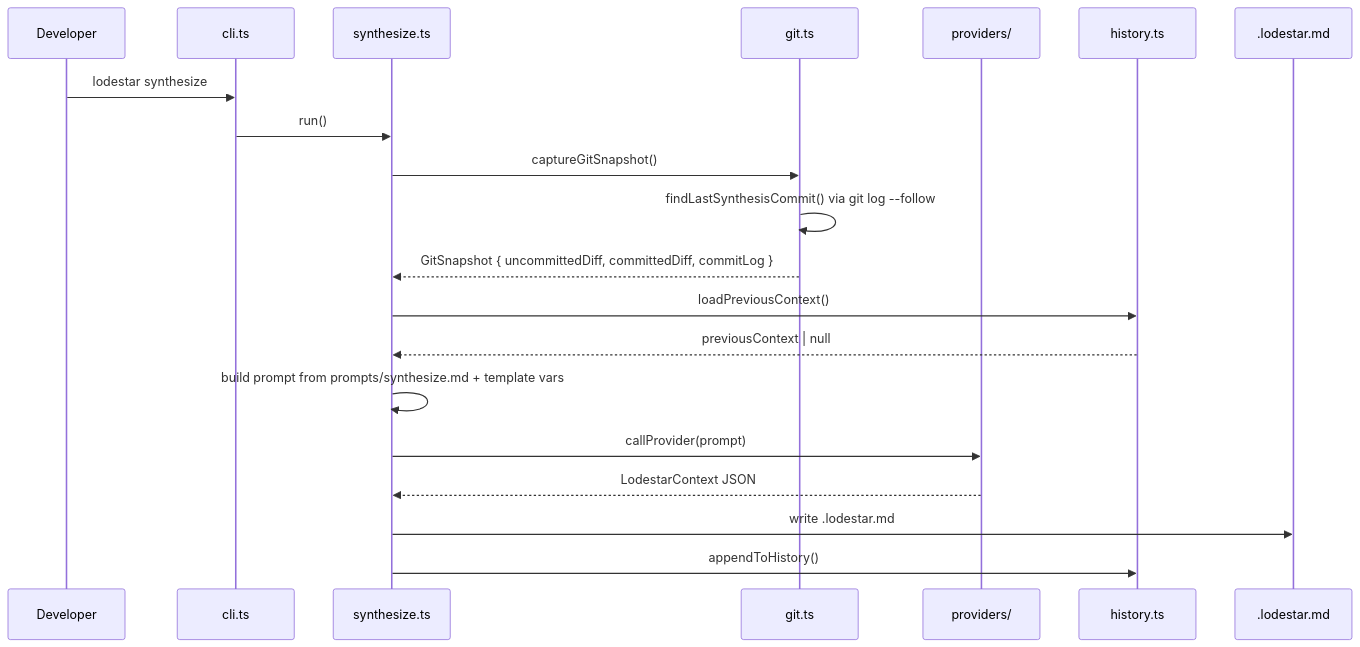
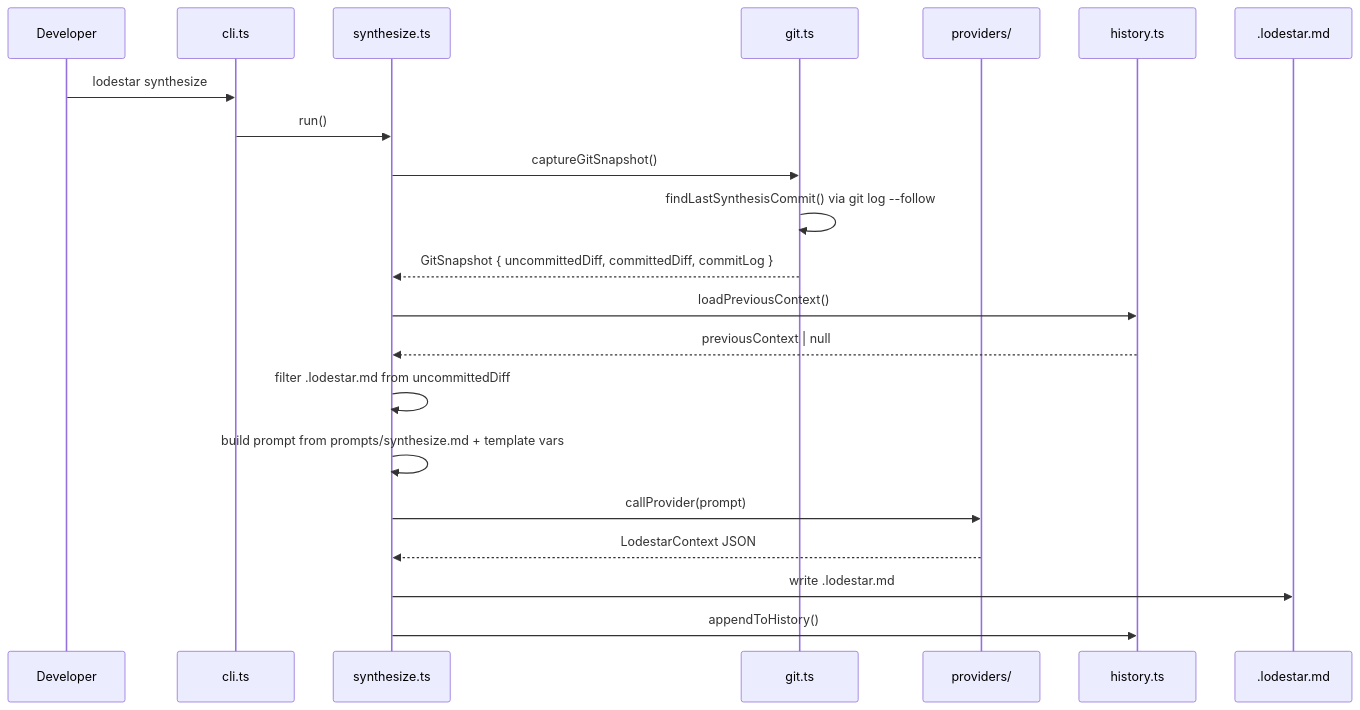
One commit to Kgard/LodeStar changed the second of 2 diagrams in .lodestar.md. Above: the diagram before and after it, drawn with Mermaid. The commit also changed other lines of this file and 1 other file, not shown here.

````diff
--- a/.lodestar.md
+++ b/.lodestar.md
@@ -66,23 +63,24 @@
 ```mermaid
 sequenceDiagram
     participant Dev as Developer
     participant CLI as cli.ts
     participant S as synthesize.ts
     participant G as git.ts
     participant P as providers/
     participant H as history.ts
     participant FS as .lodestar.md
 
     Dev->>CLI: lodestar synthesize
     CLI->>S: run()
     S->>G: captureGitSnapshot()
     G->>G: findLastSynthesisCommit() via git log --follow
     G-->>S: GitSnapshot { uncommittedDiff, committedDiff, commitLog }
     S->>H: loadPreviousContext()
     H-->>S: previousContext | null
+    S->>S: filter .lodestar.md from uncommittedDiff
     S->>S: build prompt from prompts/synthesize.md + template vars
     S->>P: callProvider(prompt)
     P-->>S: LodestarContext JSON
     S->>FS: write .lodestar.md
     S->>H: appendToHistory()
 ```
````
